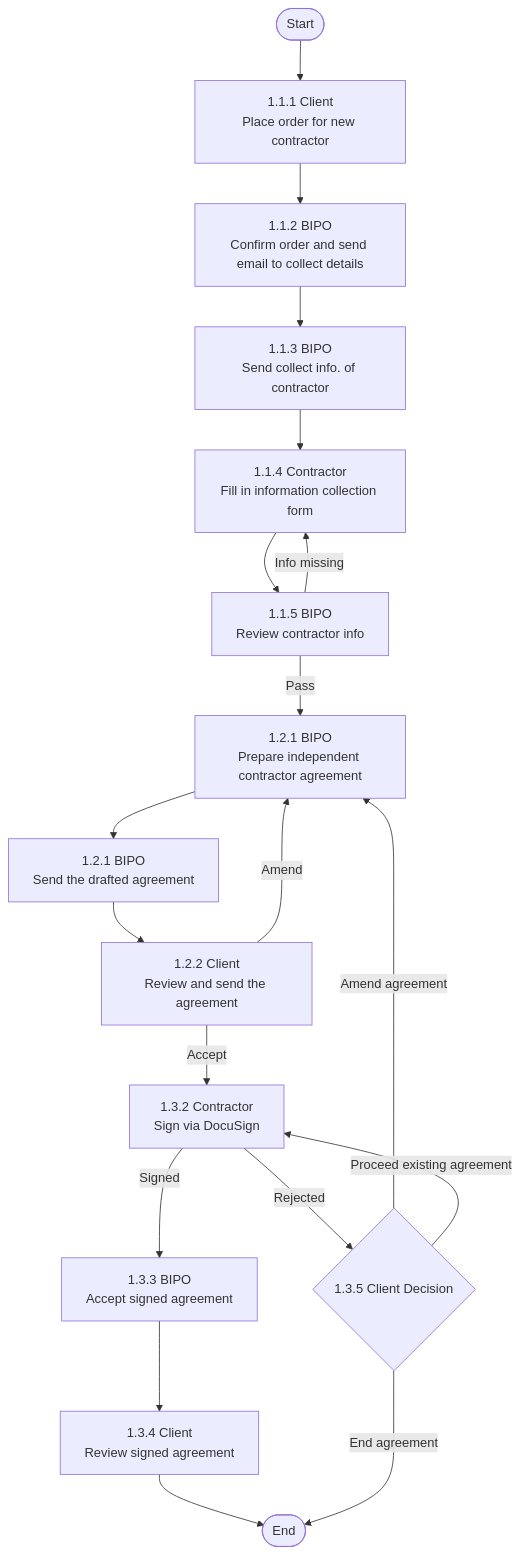
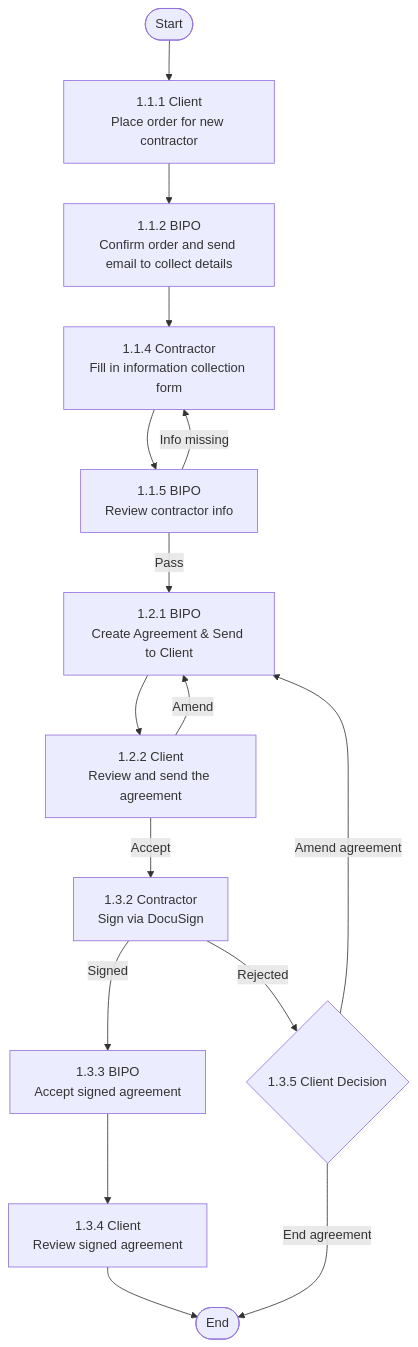
Before and after one commit to zjy0831/Pre-Payroll-AI: the diagram in docs/cor/cor-task-workspace-redesign-spec.md, drawn with Mermaid. The commit also changed 6 other files, not shown here.

````diff
--- a/docs/cor/cor-task-workspace-redesign-spec.md
+++ b/docs/cor/cor-task-workspace-redesign-spec.md
@@ -107,21 +107,18 @@
 ```mermaid
 flowchart TB
   S([Start]) --> A111["1.1.1 Client<br/>Place order for new contractor"]
   A111 --> A112["1.1.2 BIPO<br/>Confirm order and send email to collect details"]
-  A112 --> A113["1.1.3 BIPO<br/>Send collect info. of contractor"]
-  A113 --> A114["1.1.4 Contractor<br/>Fill in information collection form"]
+  A112 --> A114["1.1.4 Contractor<br/>Fill in information collection form"]
   A114 --> A115["1.1.5 BIPO<br/>Review contractor info"]
   A115 -->|Info missing| A114
-  A115 -->|Pass| A121P["1.2.1 BIPO<br/>Prepare independent contractor agreement"]
-  A121P --> A121S["1.2.1 BIPO<br/>Send the drafted agreement"]
-  A121S --> A122["1.2.2 Client<br/>Review and send the agreement"]
+  A115 -->|Pass| A121P["1.2.1 BIPO<br/>Create Agreement & Send to Client"]
+  A121P --> A122["1.2.2 Client<br/>Review and send the agreement"]
   A122 -->|Accept| A132["1.3.2 Contractor<br/>Sign via DocuSign"]
   A122 -->|Amend| A121P
   A132 -->|Signed| A133["1.3.3 BIPO<br/>Accept signed agreement"]
   A133 --> A134["1.3.4 Client<br/>Review signed agreement"]
   A134 --> E([End])
   A132 -->|Rejected| A135{"1.3.5 Client Decision"}
   A135 -->|Amend agreement| A121P
-  A135 -->|Proceed existing agreement| A132
   A135 -->|End agreement| E
 ```
````
